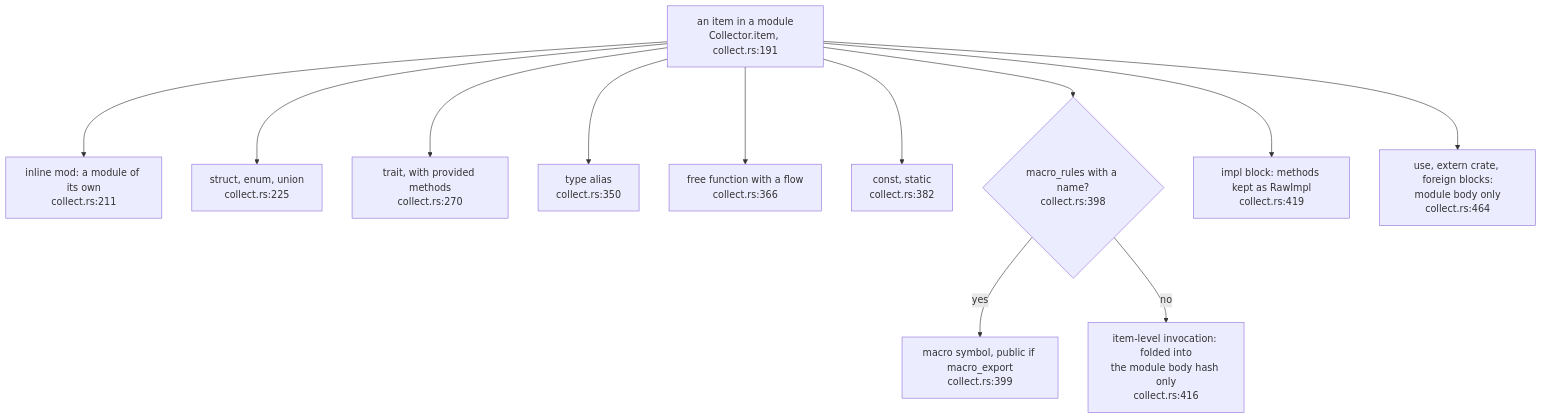
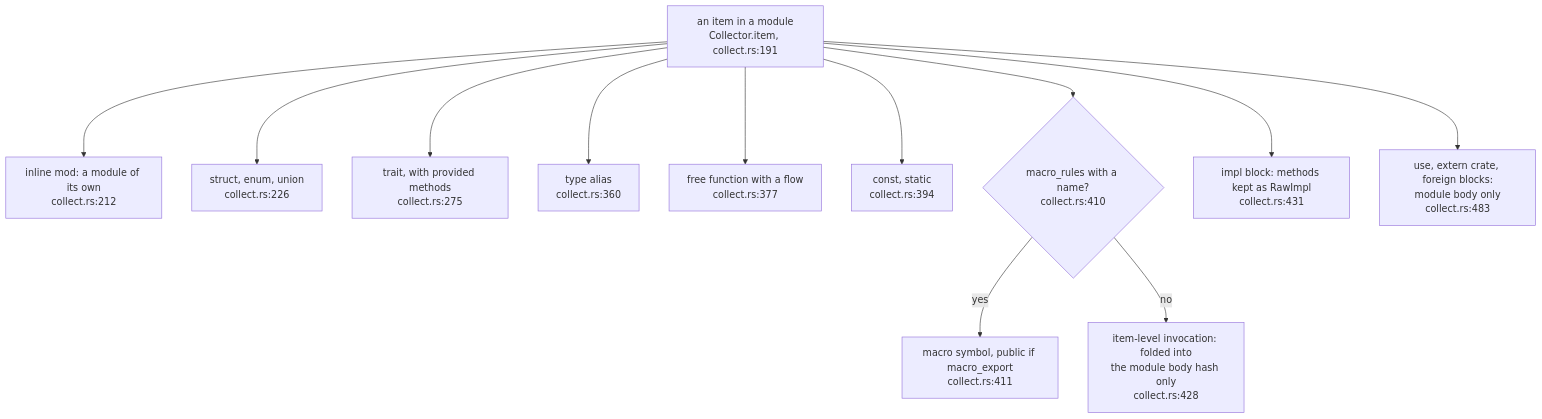
One commit to DreamLab-AI/codemaid changed the second of 5 diagrams in docs/diagrams/extract/02-minting-ids-for-definitions.md. Above: the diagram before and after it, drawn with Mermaid. The commit also changed other lines of this file and 8 other files, not shown here.

First line of the commit message:
docs(diagrams): restamp the extract topics to fec7aff; record the generics fix

````diff
--- a/docs/diagrams/extract/02-minting-ids-for-definitions.md
+++ b/docs/diagrams/extract/02-minting-ids-for-definitions.md
@@ -79,26 +79,26 @@
 ```mermaid
 flowchart TB
     IT["an item in a module<br/>Collector.item, collect.rs:191"]
-    MOD["inline mod: a module of its own<br/>collect.rs:211"]
-    DATA["struct, enum, union<br/>collect.rs:225"]
-    TR["trait, with provided methods<br/>collect.rs:270"]
-    AL["type alias<br/>collect.rs:350"]
-    FN["free function with a flow<br/>collect.rs:366"]
-    VAL["const, static<br/>collect.rs:382"]
-    MAC{"macro_rules with a name?<br/>collect.rs:398"}
-    MDEF["macro symbol, public if macro_export<br/>collect.rs:399"]
-    MINV["item-level invocation: folded into<br/>the module body hash only<br/>collect.rs:416"]
-    IMPL["impl block: methods kept as RawImpl<br/>collect.rs:419"]
-    REST["use, extern crate, foreign blocks:<br/>module body only<br/>collect.rs:464"]
+    MOD["inline mod: a module of its own<br/>collect.rs:212"]
+    DATA["struct, enum, union<br/>collect.rs:226"]
+    TR["trait, with provided methods<br/>collect.rs:275"]
+    AL["type alias<br/>collect.rs:360"]
+    FN["free function with a flow<br/>collect.rs:377"]
+    VAL["const, static<br/>collect.rs:394"]
+    MAC{"macro_rules with a name?<br/>collect.rs:410"}
+    MDEF["macro symbol, public if macro_export<br/>collect.rs:411"]
+    MINV["item-level invocation: folded into<br/>the module body hash only<br/>collect.rs:428"]
+    IMPL["impl block: methods kept as RawImpl<br/>collect.rs:431"]
+    REST["use, extern crate, foreign blocks:<br/>module body only<br/>collect.rs:483"]
     IT --> MOD
     IT --> DATA
     IT --> TR
     IT --> AL
     IT --> FN
     IT --> VAL
     IT --> MAC
     MAC -->|yes| MDEF
     MAC -->|no| MINV
     IT --> IMPL
     IT --> REST
 ```
````
